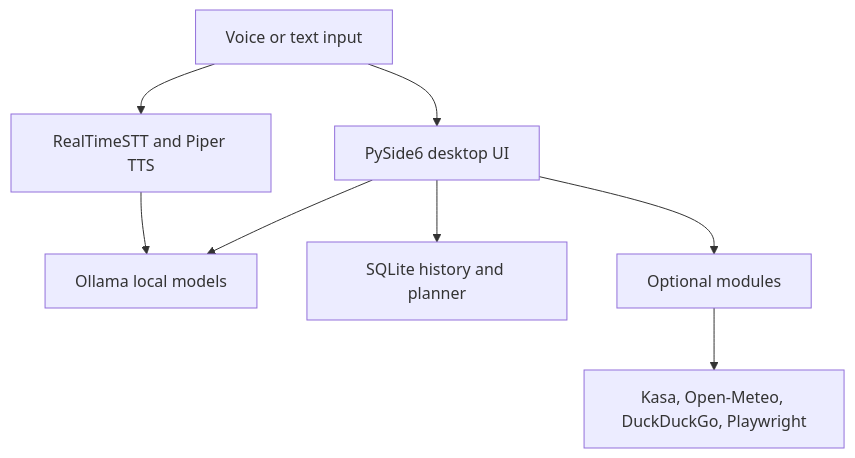
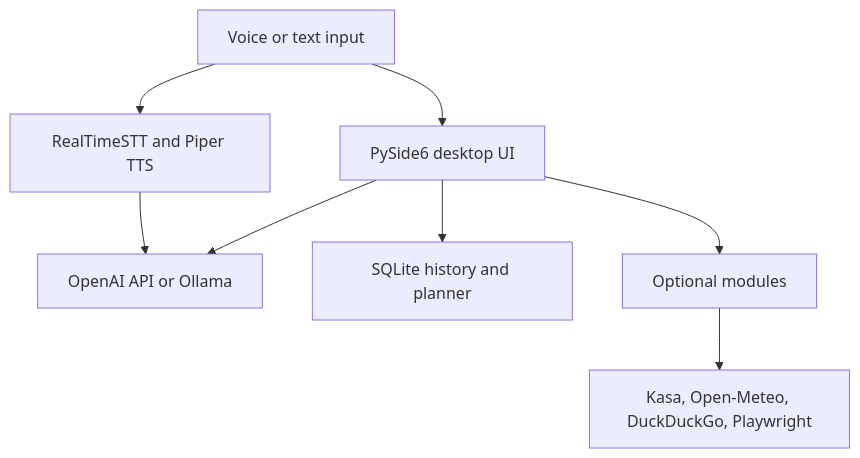
Before and after one commit to bertrandrusa/jarvis-local-ai: the diagram in README.md, drawn with Mermaid. The commit also changed other lines of this file and 7 other files, not shown here.

Commit message:
Add OpenAI API mode

````diff
--- a/README.md
+++ b/README.md
@@ -67,10 +69,10 @@
 ```mermaid
 flowchart TD
     U["Voice or text input"] --> UI["PySide6 desktop UI"]
-    UI --> AI["Ollama local models"]
+    UI --> AI["OpenAI API or Ollama"]
     UI --> DB["SQLite history and planner"]
     U --> V["RealTimeSTT and Piper TTS"]
     V --> AI
     UI --> M["Optional modules"]
     M --> S["Kasa, Open-Meteo, DuckDuckGo, Playwright"]
 ```
````
